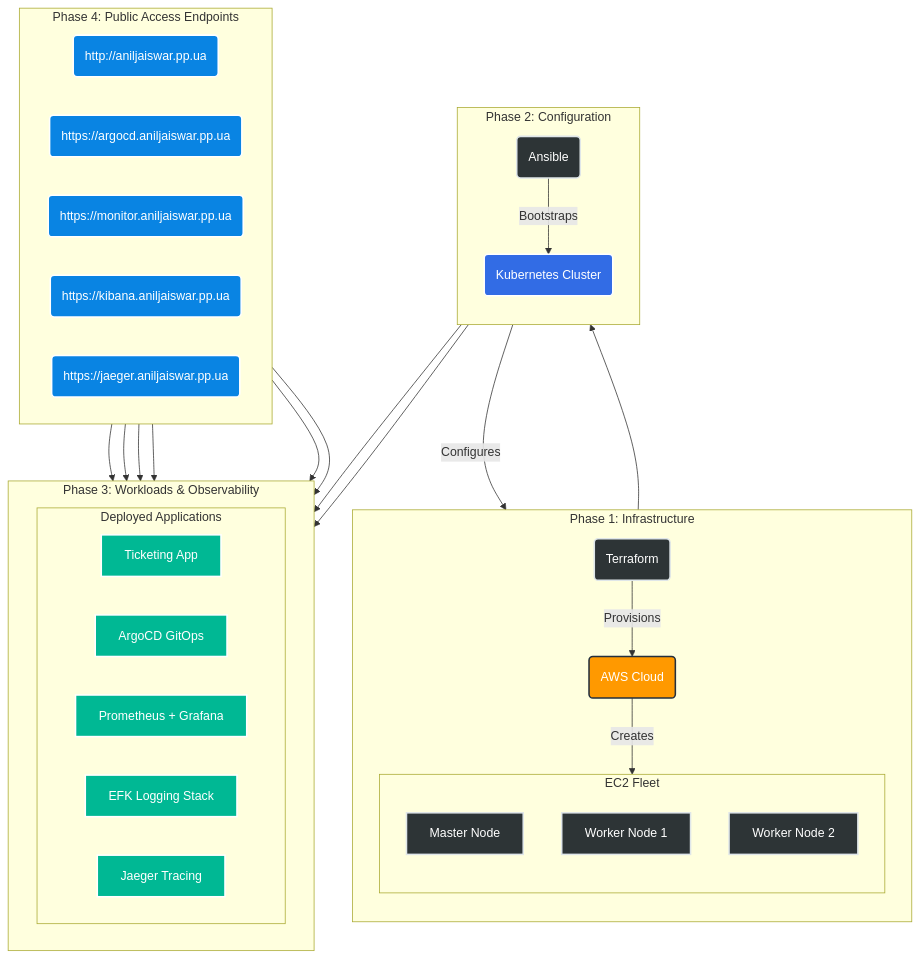
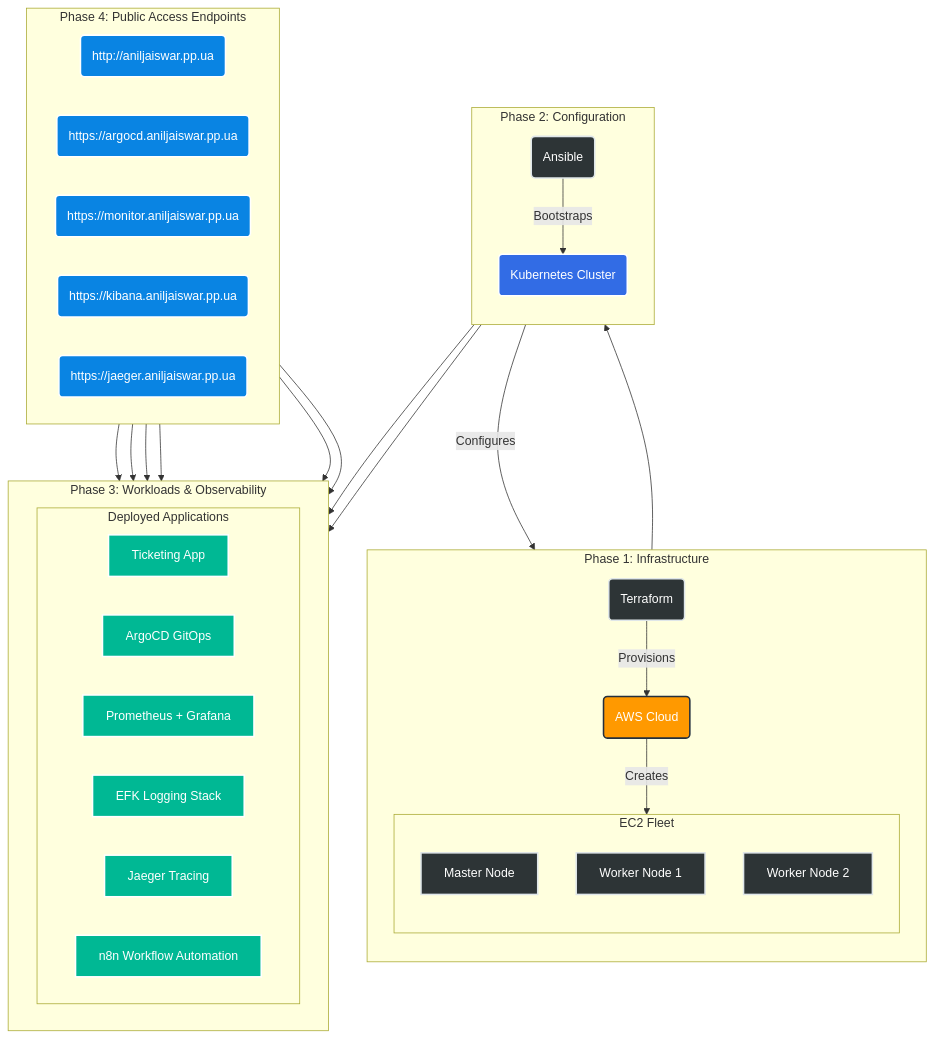
One commit to jaiswaranil8387/itsm-ticket-management changed the diagram in k8s/README.md. Above: the diagram before and after it, drawn with Mermaid. The commit also changed other lines of this file and 3 other files, not shown here.

````diff
--- a/k8s/README.md
+++ b/k8s/README.md
@@ -130,57 +132,58 @@
 ```mermaid
 graph TD
     %% --- STYLING ---
     classDef infra fill:#2d3436,stroke:#dfe6e9,stroke-width:2px,color:#fff
     classDef aws fill:#ff9900,stroke:#232f3e,stroke-width:2px,color:#fff
     classDef k8s fill:#326ce5,stroke:#fff,stroke-width:2px,color:#fff
     classDef app fill:#00b894,stroke:#fff,stroke-width:2px,color:#fff
     classDef url fill:#0984e3,stroke:#fff,stroke-width:2px,color:#fff
 
     subgraph Phase1 [Phase 1: Infrastructure]
         direction TB
         TF(Terraform):::infra -->|Provisions| AWS(AWS Cloud):::aws
         AWS -->|Creates| EC2_Group
 
         subgraph EC2_Group [EC2 Fleet]
             direction TB
             Master[Master Node]:::infra
             Worker1[Worker Node 1]:::infra
             Worker2[Worker Node 2]:::infra
         end
     end
 
     subgraph Phase2 [Phase 2: Configuration]
         direction TB
         Ansible(Ansible):::infra -->|Configures| EC2_Group
         Ansible -->|Bootstraps| K8s(Kubernetes Cluster):::k8s
     end
 
     subgraph Phase3 [Phase 3: Workloads & Observability]
         direction LR
         K8s --> Apps
 
         subgraph Apps [Deployed Applications]
             direction LR
             Ticketing[Ticketing App]:::app
             Argo[ArgoCD GitOps]:::app
             Graf[Prometheus + Grafana]:::app
             EFK[EFK Logging Stack]:::app
             Jaeger[Jaeger Tracing]:::app
+            n8n[n8n Workflow Automation]:::app
         end
     end
 
     subgraph Phase4 [Phase 4: Public Access Endpoints]
         direction LR
         %% Domains
         URL_App(http://aniljaiswar.pp.ua):::url --> Ticketing
         URL_Argo(https://argocd.aniljaiswar.pp.ua):::url --> Argo
         URL_Graf(https://monitor.aniljaiswar.pp.ua):::url --> Graf
         URL_Kib(https://kibana.aniljaiswar.pp.ua):::url --> EFK
         URL_Jaeg(https://jaeger.aniljaiswar.pp.ua):::url --> Jaeger
     end
 
     %% Link Phases
     Phase1 --> Phase2
     Phase2 --> Phase3
     Phase4 --> Phase3
 ```
````
